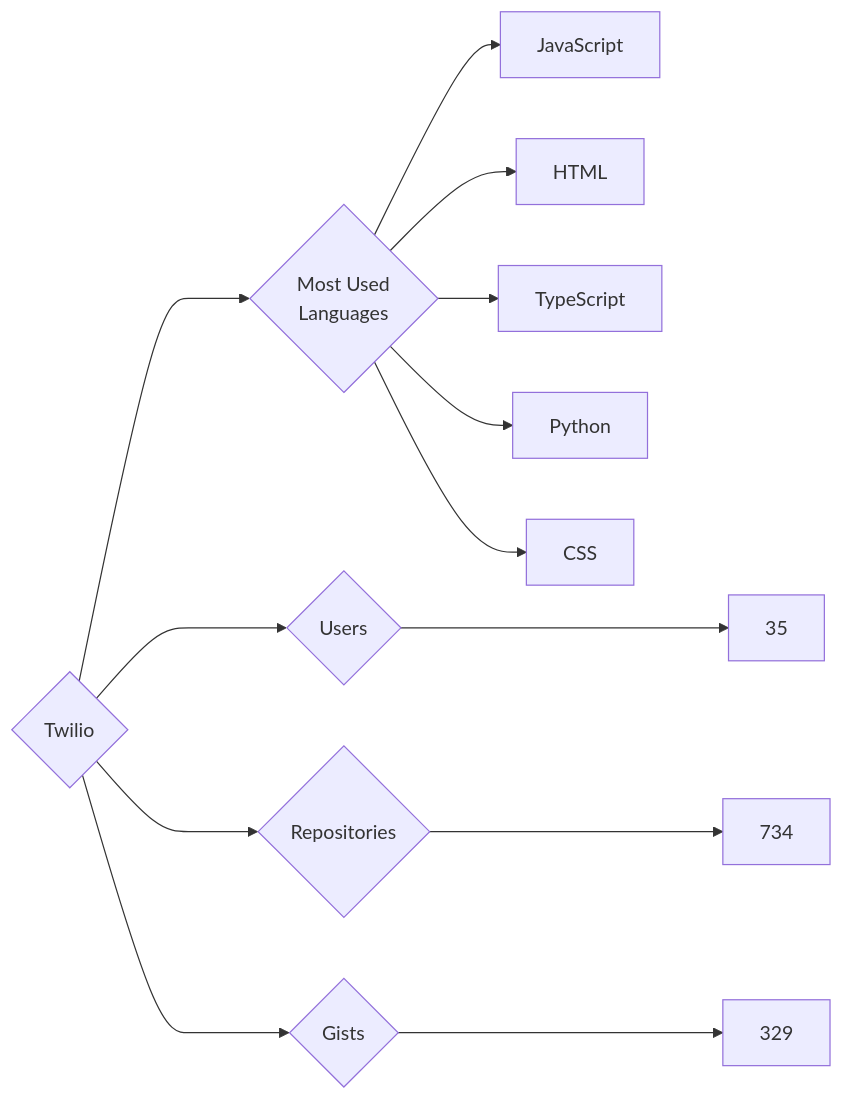
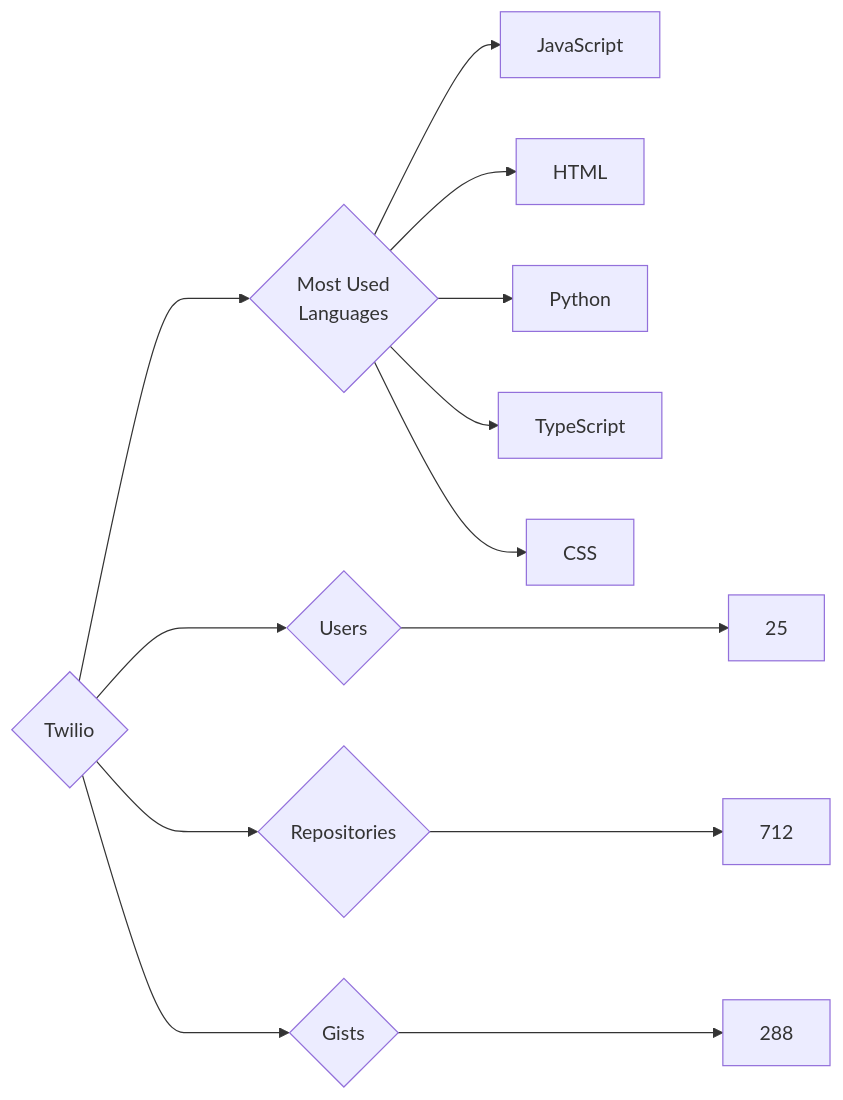
Before and after one commit to trickest/insiders: the diagram in targets/Twilio/README.md, drawn with Mermaid. The commit also changed 797 other files, not shown here.

````diff
--- a/targets/Twilio/README.md
+++ b/targets/Twilio/README.md
@@ -3,13 +3,13 @@
 ```mermaid
 graph LR
 COMPANY_NAME{Twilio}
-COMPANY_NAME ---> U{Users} ---> UN[35]
-COMPANY_NAME ---> R{Repositories} ---> RN[734]
-COMPANY_NAME ---> G{Gists} ---> GN[329]
+COMPANY_NAME ---> U{Users} ---> UN[25]
+COMPANY_NAME ---> R{Repositories} ---> RN[712]
+COMPANY_NAME ---> G{Gists} ---> GN[288]
 COMPANY_NAME ---> ML{Most Used<br>Languages}
 ML --> JavaScript[JavaScript]
 ML --> HTML[HTML]
+ML --> Python[Python]
 ML --> TypeScript[TypeScript]
-ML --> Python[Python]
 ML --> CSS[CSS]
 ```
````
